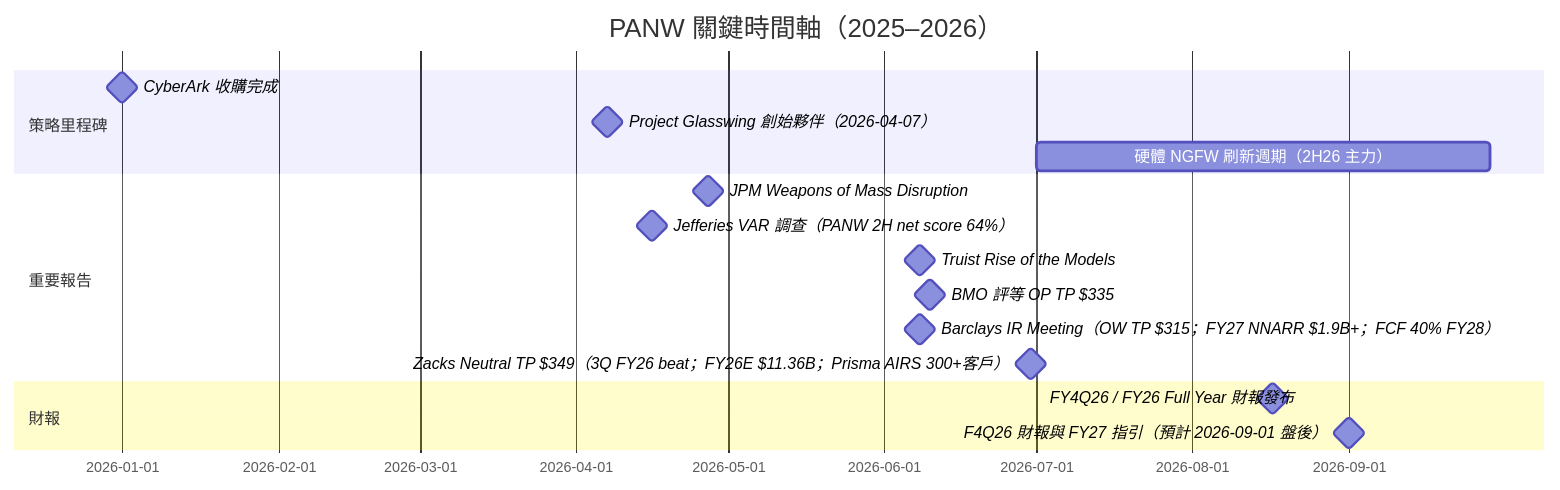
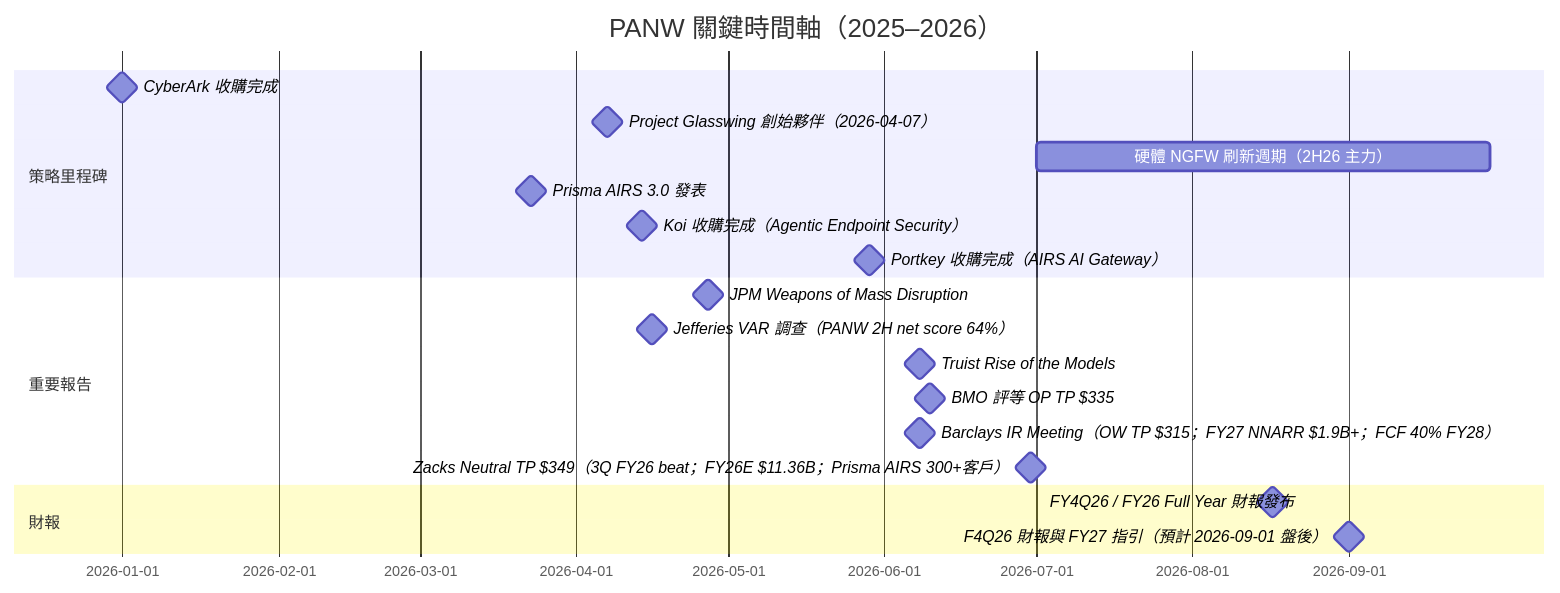
One commit to kevn950324/wiki_Stockv2 changed the diagram in content/lib/1.company/Overseas/PANW.US(palo alto networks).md. Above: the diagram before and after it, drawn with Mermaid. The commit also changed other lines of this file and 14 other files, not shown here.

````diff
--- a/content/lib/1.company/Overseas/PANW.US(palo alto networks).md
+++ b/content/lib/1.company/Overseas/PANW.US(palo alto networks).md
@@ -217,19 +238,22 @@
 ```mermaid
 gantt
     title PANW 關鍵時間軸（2025–2026）
     dateFormat YYYY-MM-DD
     section 策略里程碑
     CyberArk 收購完成 :milestone, 2026-01-01, 0d
     Project Glasswing 創始夥伴（2026-04-07） :milestone, 2026-04-07, 0d
     硬體 NGFW 刷新週期（2H26 主力） :2026-07-01, 90d
+    Prisma AIRS 3.0 發表 :milestone, 2026-03-23, 0d
+    Koi 收購完成（Agentic Endpoint Security） :milestone, 2026-04-14, 0d
+    Portkey 收購完成（AIRS AI Gateway） :milestone, 2026-05-29, 0d
     section 重要報告
     JPM Weapons of Mass Disruption :milestone, 2026-04-27, 0d
     Jefferies VAR 調查（PANW 2H net score 64%） :milestone, 2026-04-16, 0d
     Truist Rise of the Models :milestone, 2026-06-08, 0d
     BMO 評等 OP TP $335 :milestone, 2026-06-10, 0d
     Barclays IR Meeting（OW TP $315；FY27 NNARR $1.9B+；FCF 40% FY28） :milestone, 2026-06-08, 0d
     Zacks Neutral TP $349（3Q FY26 beat；FY26E $11.36B；Prisma AIRS 300+客戶） :milestone, 2026-06-30, 0d
     section 財報
     FY4Q26 / FY26 Full Year 財報發布 :milestone, 2026-08-17, 0d
     F4Q26 財報與 FY27 指引（預計 2026-09-01 盤後） :milestone, 2026-09-01, 0d
 ```
````
